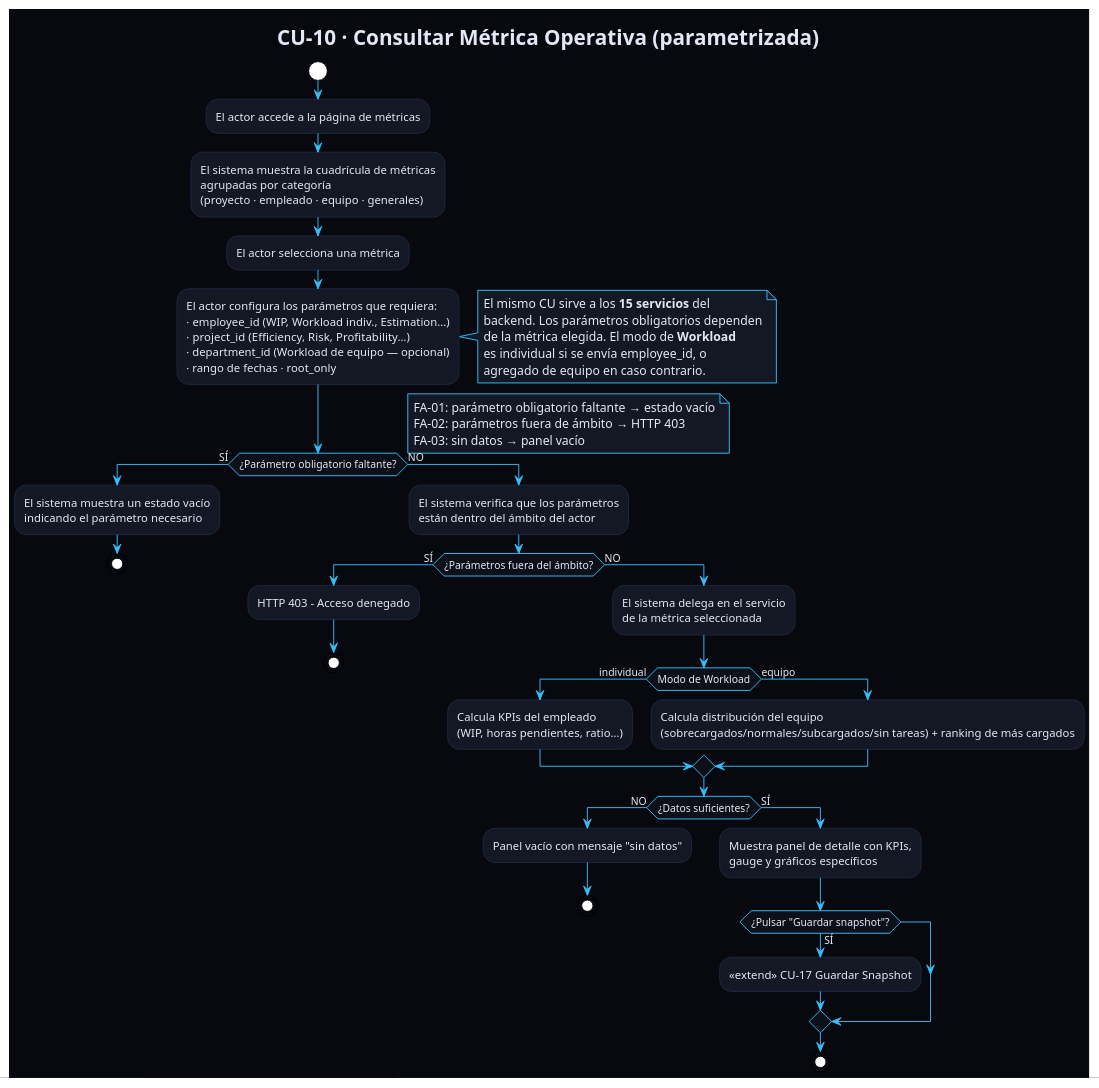
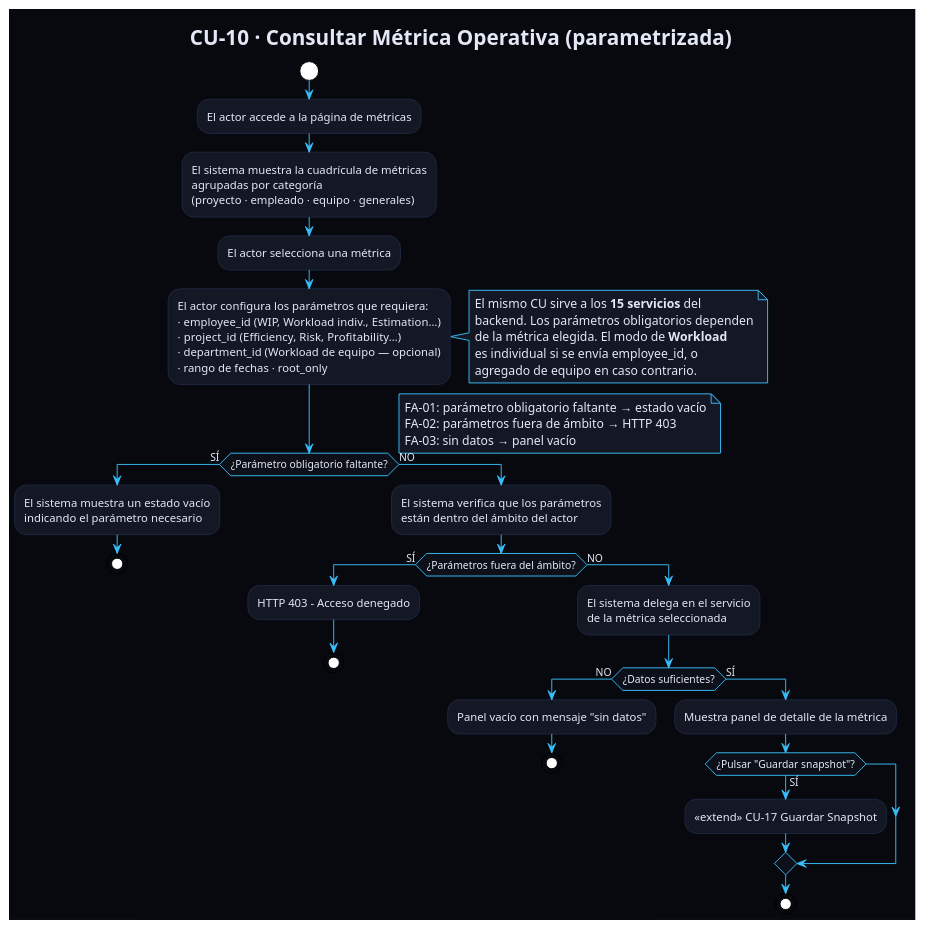
Before and after one commit to ceesargaarcia/GII-TFG-2026: the diagram in Estudiantes/cesar-garcia-eguiguren/Capítulo-2/diagramas/CdU/flujoCU10.puml, drawn with PlantUML. The commit also changed 3 other files, not shown here.

```diff
--- a/Estudiantes/cesar-garcia-eguiguren/Capítulo-2/diagramas/CdU/flujoCU10.puml
+++ b/Estudiantes/cesar-garcia-eguiguren/Capítulo-2/diagramas/CdU/flujoCU10.puml
@@ -1,78 +1,69 @@
 @startuml flujoCU10
 !theme plain
 skinparam backgroundColor #07090F
 skinparam defaultFontColor #E2E8F5
 skinparam ArrowColor #38BDF8
 skinparam ActivityBorderColor #1E2840
 skinparam ActivityBackgroundColor #141824
 skinparam ActivityDiamondBackgroundColor #0D1018
 skinparam ActivityDiamondBorderColor #38BDF8
 skinparam NoteBackgroundColor #141824
 skinparam NoteBorderColor #38BDF8
 
 title CU-10 · Consultar Métrica Operativa (parametrizada)
 
 start
 :El actor accede a la página de métricas;
 :El sistema muestra la cuadrícula de métricas
 agrupadas por categoría
 (proyecto · empleado · equipo · generales);
 :El actor selecciona una métrica;
 
 :El actor configura los parámetros que requiera:
 · employee_id (WIP, Workload indiv., Estimation…)
 · project_id  (Efficiency, Risk, Profitability…)
 · department_id (Workload de equipo — opcional)
 · rango de fechas · root_only;
 
 note right
   El mismo CU sirve a los **15 servicios** del
   backend. Los parámetros obligatorios dependen
   de la métrica elegida. El modo de **Workload**
   es individual si se envía employee_id, o
   agregado de equipo en caso contrario.
 end note
 
 if (¿Parámetro obligatorio faltante?) then (SÍ)
   :El sistema muestra un estado vacío
   indicando el parámetro necesario;
   stop
 else (NO)
   :El sistema verifica que los parámetros
   están dentro del ámbito del actor;
   if (¿Parámetros fuera del ámbito?) then (SÍ)
     :HTTP 403 - Acceso denegado;
     stop
   else (NO)
     :El sistema delega en el servicio
     de la métrica seleccionada;
 
-    if (Modo de Workload) then (individual)
-      :Calcula KPIs del empleado
-      (WIP, horas pendientes, ratio…);
-    else (equipo)
-      :Calcula distribución del equipo
-      (sobrecargados/normales/subcargados/sin tareas) + ranking de más cargados;
-    endif
-
     if (¿Datos suficientes?) then (NO)
       :Panel vacío con mensaje "sin datos";
       stop
     else (SÍ)
-      :Muestra panel de detalle con KPIs,
-      gauge y gráficos específicos;
+      :Muestra panel de detalle de la métrica;
       if (¿Pulsar "Guardar snapshot"?) then (SÍ)
         :<<extend>> CU-17 Guardar Snapshot;
       endif
       stop
     endif
   endif
 endif
 
 note right
   FA-01: parámetro obligatorio faltante → estado vacío
   FA-02: parámetros fuera de ámbito → HTTP 403
   FA-03: sin datos → panel vacío
 end note
 
 @enduml
```
